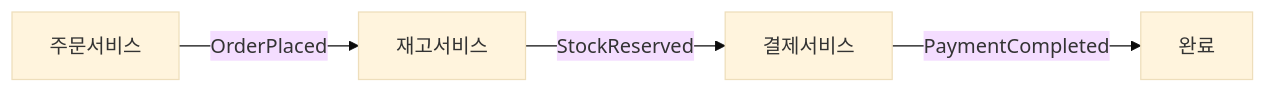
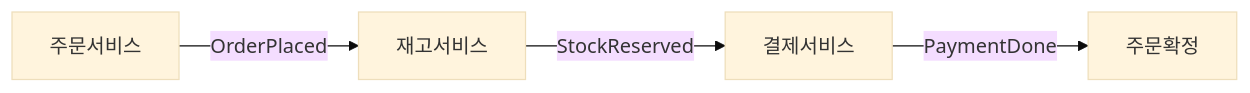
The fifth of 6 diagrams in _posts/kafka/2026-05-01-kafka-outbox-cdc.md (yjkim2015/yjkim2015.github.io), drawn with Mermaid (base theme) before and after one commit. The commit also changed other lines of this file and 4 other files, not shown here.

````diff
--- a/_posts/kafka/2026-05-01-kafka-outbox-cdc.md
+++ b/_posts/kafka/2026-05-01-kafka-outbox-cdc.md
@@ -311,6 +1103,6 @@
 ```mermaid
 graph LR
     OS["주문서비스"] -->|OrderPlaced| IS["재고서비스"]
     IS -->|StockReserved| PS["결제서비스"]
-    PS -->|PaymentCompleted| DONE["완료"]
+    PS -->|PaymentDone| OS2["주문확정"]
 ```
````
